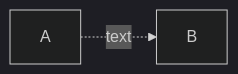
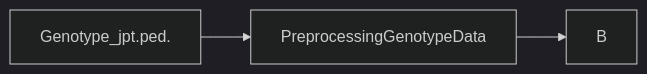
Before and after one commit to xiaojian-w/Gene-Regulatory-Networks-Construction: the diagram in design.md, drawn with Mermaid (dark theme). The commit also changed other lines of this file, not shown here.

Commit message:
design.md updated from https://stackedit.io/

````diff
--- a/design.md
+++ b/design.md
@@ -30,4 +30,4 @@
 ```mermaid
 graph LR;
-A-. text .-> B
+Genotype_jpt.ped.--> PreprocessingGenotypeData--> B;
 ```
````
